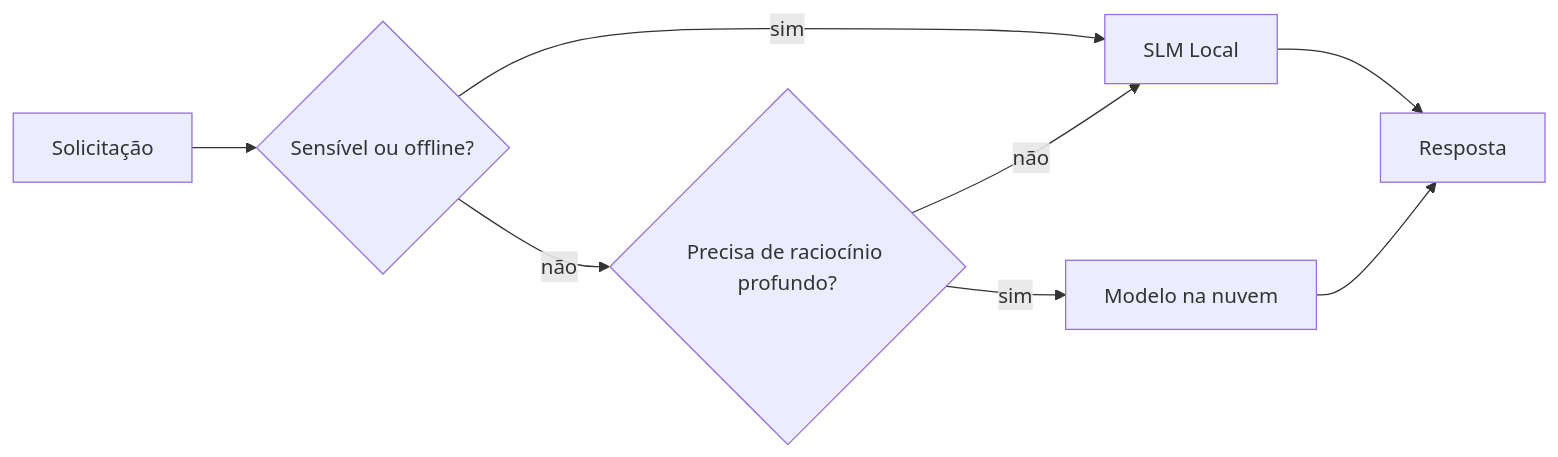
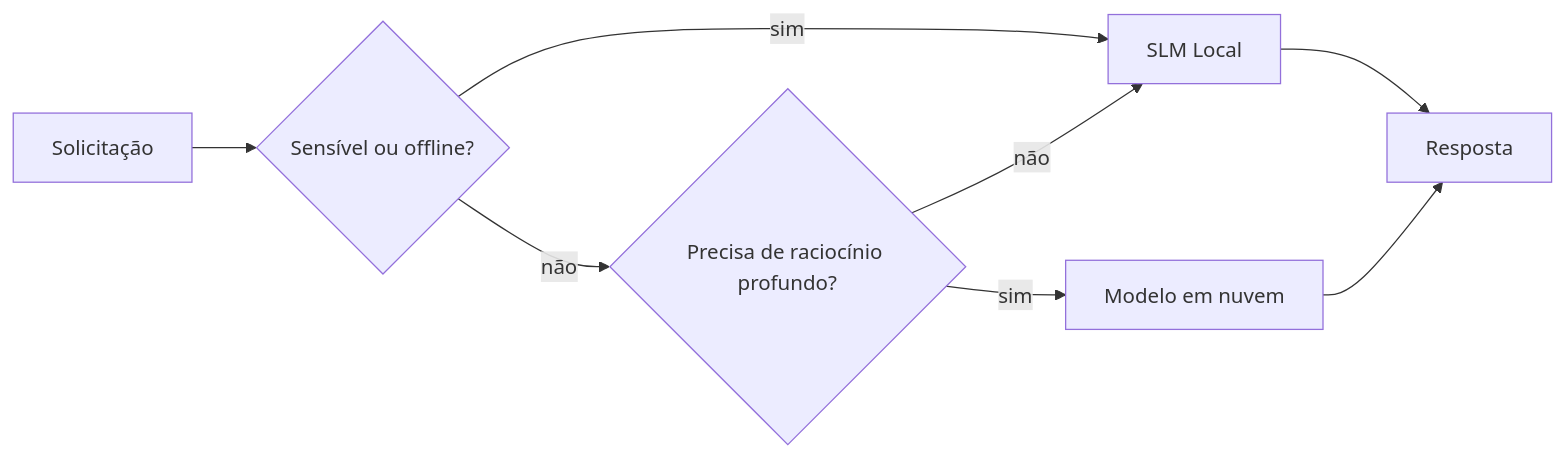
The fourth of 4 diagrams in translations/pt-BR/17-creating-local-ai-agents/README.md (microsoft/ai-agents-for-beginners), drawn with Mermaid before and after one commit. The commit also changed other lines of this file and 46 other files, not shown here.

````diff
--- a/translations/pt-BR/17-creating-local-ai-agents/README.md
+++ b/translations/pt-BR/17-creating-local-ai-agents/README.md
@@ -156,10 +156,10 @@
 ```mermaid
 flowchart LR
     Q[Solicitação] --> S{Sensível ou offline?}
     S -->|sim| L[SLM Local]
     S -->|não| C{Precisa de raciocínio profundo?}
     C -->|não| L
-    C -->|sim| Cloud[Modelo na nuvem]
+    C -->|sim| Cloud[Modelo em nuvem]
     L --> Out[Resposta]
     Cloud --> Out
 ```
````
